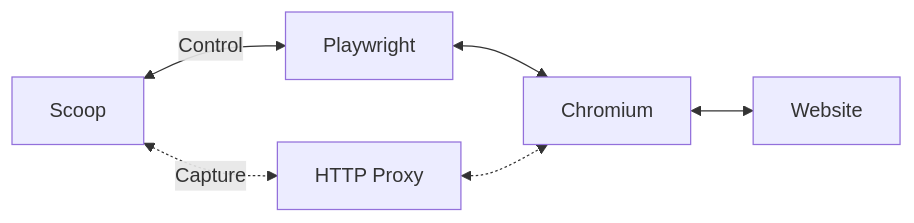
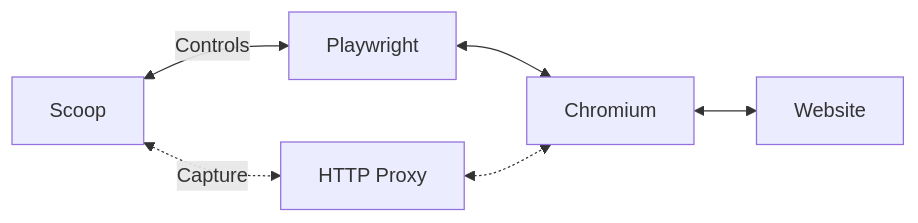
The first of 2 diagrams in README.md (harvard-lil/scoop), drawn with Mermaid before and after one commit. The commit also changed other lines of this file, not shown here.

````diff
--- a/README.md
+++ b/README.md
@@ -276,12 +276,12 @@
 ```mermaid
 flowchart LR
     A[Scoop]
     B[Playwright]
     C[Chromium]
     D[Website]
     E[HTTP Proxy]
-    A <--> |Control| B
+    A <--> |Controls| B
     B <--> C
     C <--> D
     A <-.-> |Capture| E <-.-> C
 ```
````
